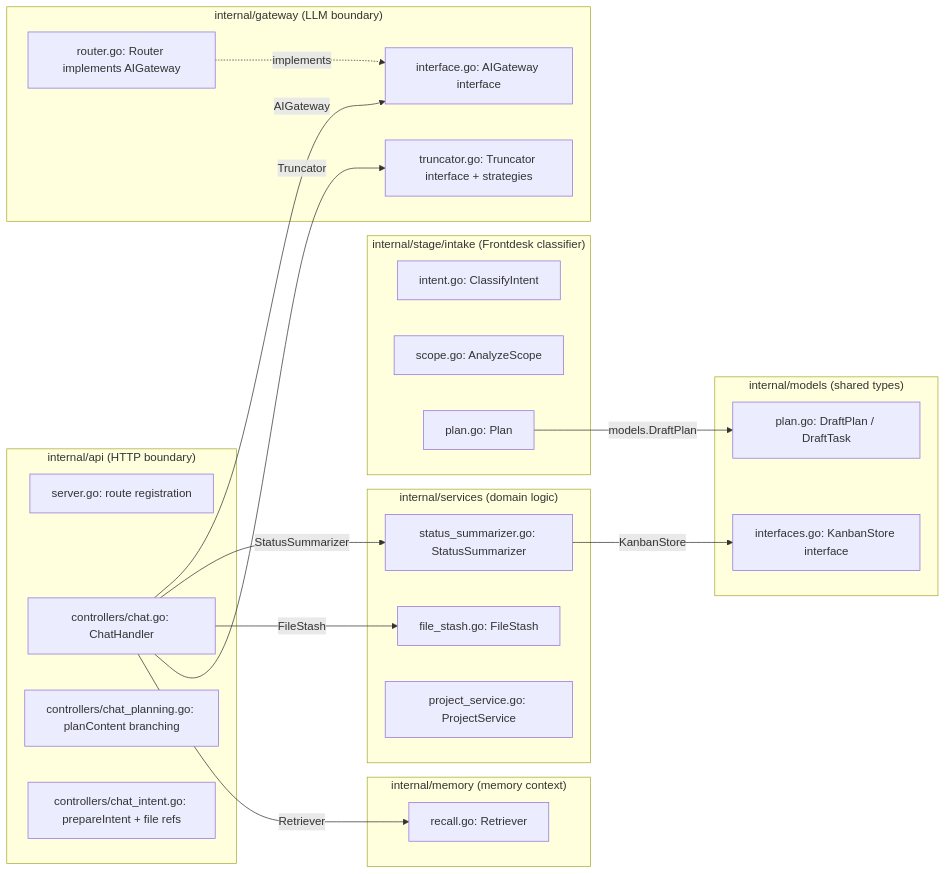
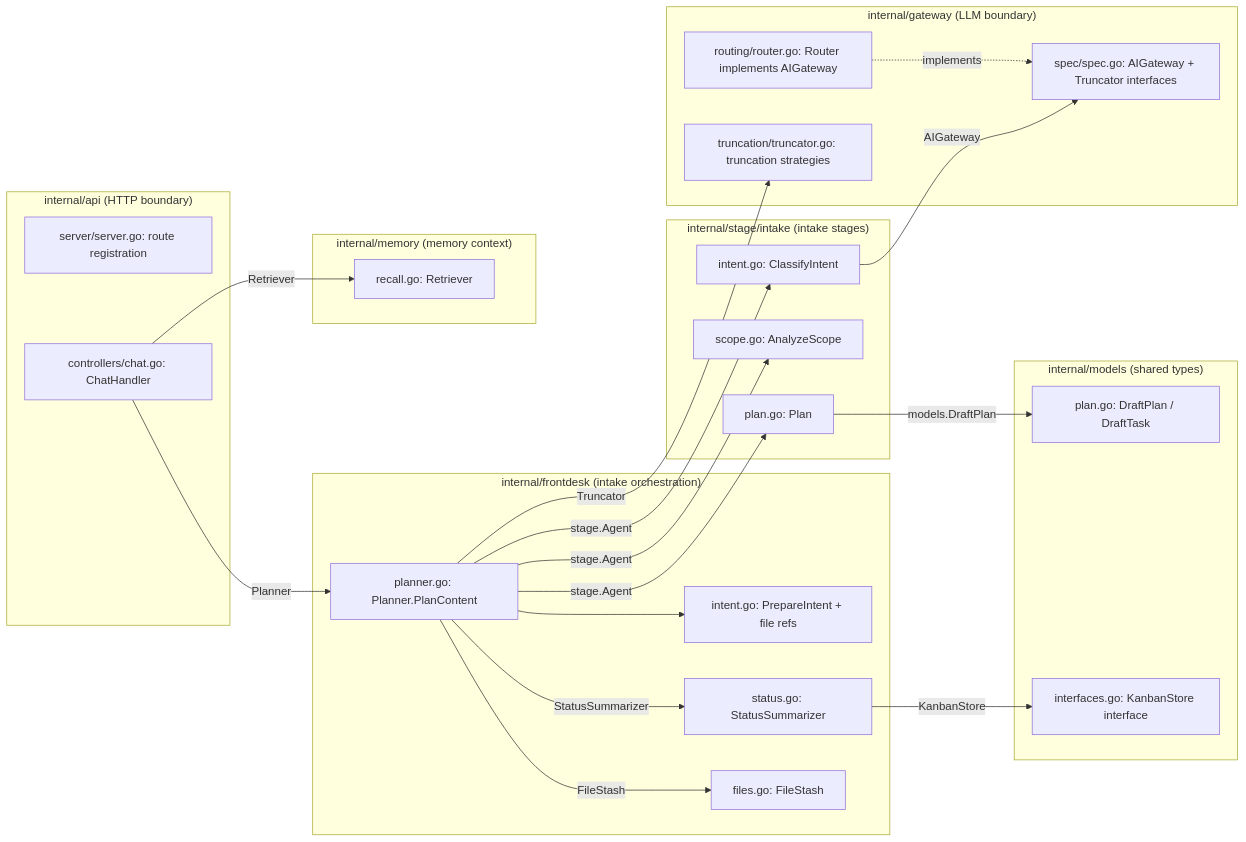
The second of 2 diagrams in docs/frontdesk.md (Israel-Laguan/agentd), drawn with Mermaid before and after one commit. The commit also changed other lines of this file and 3 other files, not shown here.

````diff
--- a/docs/frontdesk.md
+++ b/docs/frontdesk.md
@@ -35,45 +35,49 @@
 ```mermaid
 graph LR
     subgraph api ["internal/api (HTTP boundary)"]
-        Server["server.go: route registration"]
+        Server["server/server.go: route registration"]
         ChatCtrl["controllers/chat.go: ChatHandler"]
-        PlanCtrl["controllers/chat_planning.go: planContent branching"]
-        IntentCtrl["controllers/chat_intent.go: prepareIntent + file refs"]
     end
 
-    subgraph gw ["internal/gateway (LLM boundary)"]
-        Interface["interface.go: AIGateway interface"]
-        RouterImpl["router.go: Router implements AIGateway"]
-        Truncator["truncator.go: Truncator interface + strategies"]
+    subgraph fd ["internal/frontdesk (intake orchestration)"]
+        Planner["planner.go: Planner.PlanContent"]
+        PrepIntent["intent.go: PrepareIntent + file refs"]
+        Summarizer["status.go: StatusSummarizer"]
+        Stash["files.go: FileStash"]
     end
 
-    subgraph intake ["internal/stage/intake (Frontdesk classifier)"]
+    subgraph intake ["internal/stage/intake (intake stages)"]
         Intent["intent.go: ClassifyIntent"]
         Scope["scope.go: AnalyzeScope"]
         PlanGen["plan.go: Plan"]
     end
 
-    subgraph svc ["internal/services (domain logic)"]
-        Summarizer["status_summarizer.go: StatusSummarizer"]
-        Stash["file_stash.go: FileStash"]
-        ProjectSvc["project_service.go: ProjectService"]
+    subgraph gw ["internal/gateway (LLM boundary)"]
+        Interface["spec/spec.go: AIGateway + Truncator interfaces"]
+        RouterImpl["routing/router.go: Router implements AIGateway"]
+        Truncator["truncation/truncator.go: truncation strategies"]
     end
 
     subgraph mem ["internal/memory (memory context)"]
         RetrieverNode["recall.go: Retriever"]
     end
 
     subgraph models ["internal/models (shared types)"]
         Plan["plan.go: DraftPlan / DraftTask"]
         Store["interfaces.go: KanbanStore interface"]
     end
 
-    ChatCtrl -->|"AIGateway"| Interface
-    ChatCtrl -->|"StatusSummarizer"| Summarizer
-    ChatCtrl -->|"FileStash"| Stash
-    ChatCtrl -->|"Truncator"| Truncator
+    ChatCtrl -->|"Planner"| Planner
     ChatCtrl -->|"Retriever"| RetrieverNode
+    Planner --> PrepIntent
+    Planner -->|"stage.Agent"| Intent
+    Planner -->|"stage.Agent"| Scope
+    Planner -->|"stage.Agent"| PlanGen
+    Planner -->|"StatusSummarizer"| Summarizer
+    Planner -->|"FileStash"| Stash
+    Planner -->|"Truncator"| Truncator
+    Intent -->|"AIGateway"| Interface
     RouterImpl -.->|"implements"| Interface
     Summarizer -->|"KanbanStore"| Store
     PlanGen -->|"models.DraftPlan"| Plan
 ```
````
